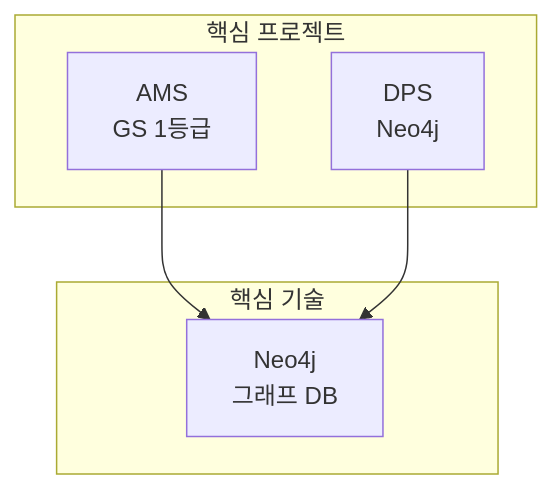
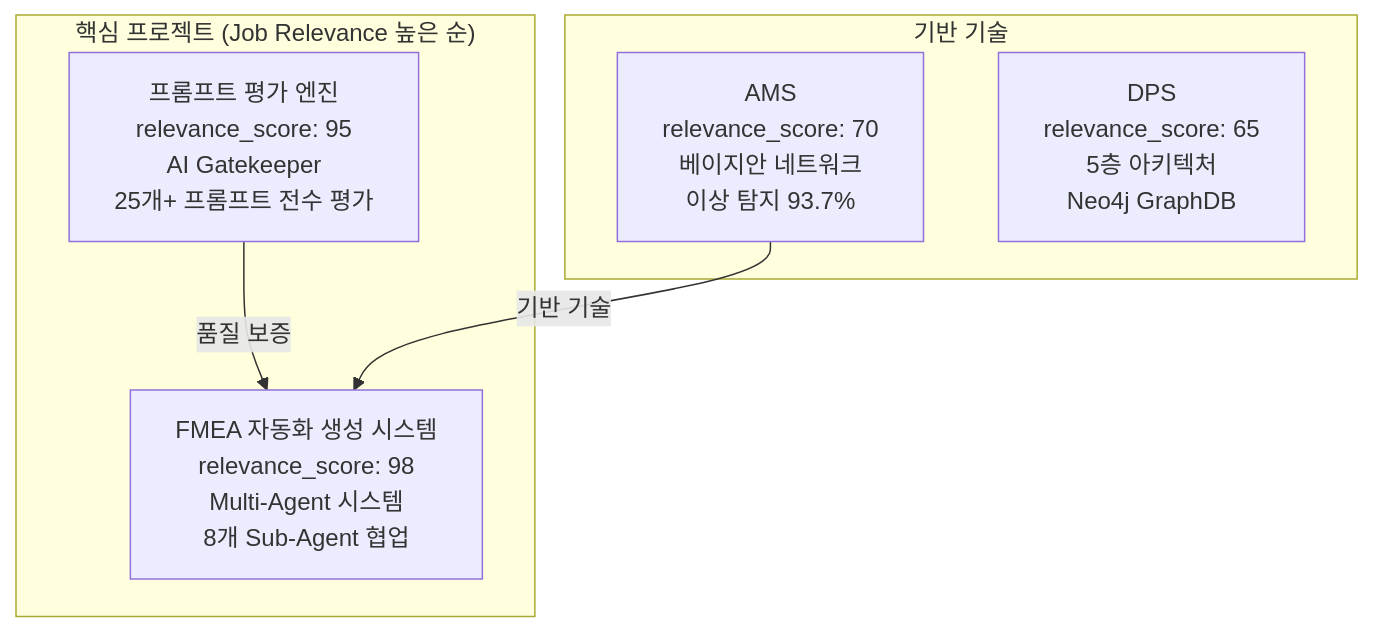
Before and after one commit to moobaek/Testing_AI_agents_for_public_use: the seventh of 7 diagrams in portfolio/portfolio_docs/resume_generator/prompts/3_Generate_Resume.md, drawn with Mermaid. The commit also changed other lines of this file and 73 other files, not shown here.

````diff
--- a/portfolio/portfolio_docs/resume_generator/prompts/3_Generate_Resume.md
+++ b/portfolio/portfolio_docs/resume_generator/prompts/3_Generate_Resume.md
@@ -430,12 +933,16 @@
 ```mermaid
 graph TB
-    subgraph "핵심 프로젝트"
-        AMS[AMS<br/>GS 1등급]
-        DPS[DPS<br/>Neo4j]
+    subgraph "핵심 프로젝트 (Job Relevance 높은 순)"
+        FMEA[FMEA 자동화 생성 시스템<br/>relevance_score: 98<br/>Multi-Agent 시스템<br/>8개 Sub-Agent 협업]
+        PROMPT[프롬프트 평가 엔진<br/>relevance_score: 95<br/>AI Gatekeeper<br/>25개+ 프롬프트 전수 평가]
     end
-    subgraph "핵심 기술"
-        Neo4j[Neo4j<br/>그래프 DB]
+    
+    subgraph "기반 기술"
+        AMS[AMS<br/>relevance_score: 70<br/>베이지안 네트워크<br/>이상 탐지 93.7%]
+        DPS[DPS<br/>relevance_score: 65<br/>5층 아키텍처<br/>Neo4j GraphDB]
     end
-    AMS --> Neo4j
-    DPS --> Neo4j
+    
+    %% 연결 관계
+    PROMPT -->|"품질 보증"| FMEA
+    AMS -->|"기반 기술"| FMEA
 ```
````
